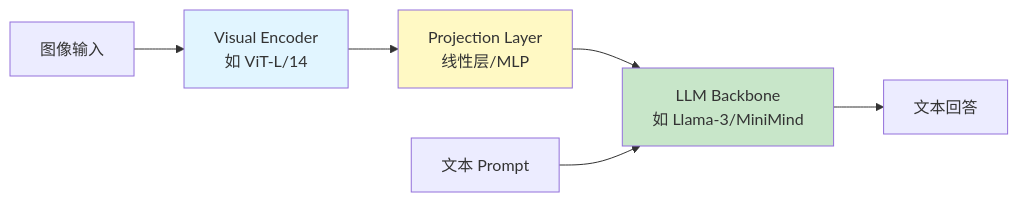
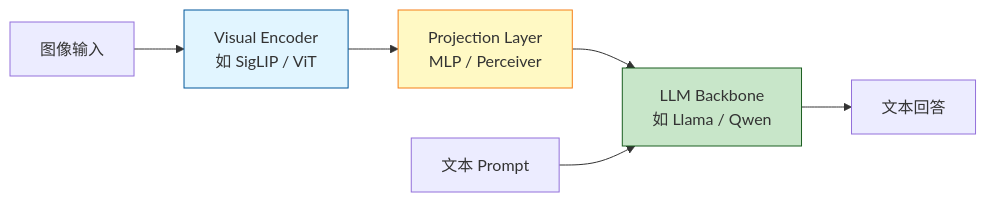
Diagram 18 of 18 in _posts/2026-02-06-LLM-Training-Survey.md (TingdeLiu/tingdeliu.github.io), drawn with Mermaid before and after one commit. The commit also changed other lines of this file, not shown here.

Commit message:
docs: optimize and expand LLM training survey post

````diff
--- a/_posts/2026-02-06-LLM-Training-Survey.md
+++ b/_posts/2026-02-06-LLM-Training-Survey.md
@@ -4798,12 +4907,12 @@
 ```mermaid
 graph LR
-    IMG[图像输入] --> VE[Visual Encoder<br/>如 ViT-L/14]
-    VE --> PROJ[Projection Layer<br/>线性层/MLP]
-    PROJ --> LLM[LLM Backbone<br/>如 Llama-3/MiniMind]
+    IMG[图像输入] --> VE[Visual Encoder<br/>如 SigLIP / ViT]
+    VE --> PROJ[Projection Layer<br/>MLP / Perceiver]
+    PROJ --> LLM[LLM Backbone<br/>如 Llama / Qwen]
     TXT[文本 Prompt] --> LLM
     LLM --> OUT[文本回答]
 
-    style VE fill:#e1f5ff
-    style PROJ fill:#fff9c4
-    style LLM fill:#c8e6c9
+    style VE fill:#e1f5ff,stroke:#01579b
+    style PROJ fill:#fff9c4,stroke:#f57f17
+    style LLM fill:#c8e6c9,stroke:#1b5e20
 ```
````
